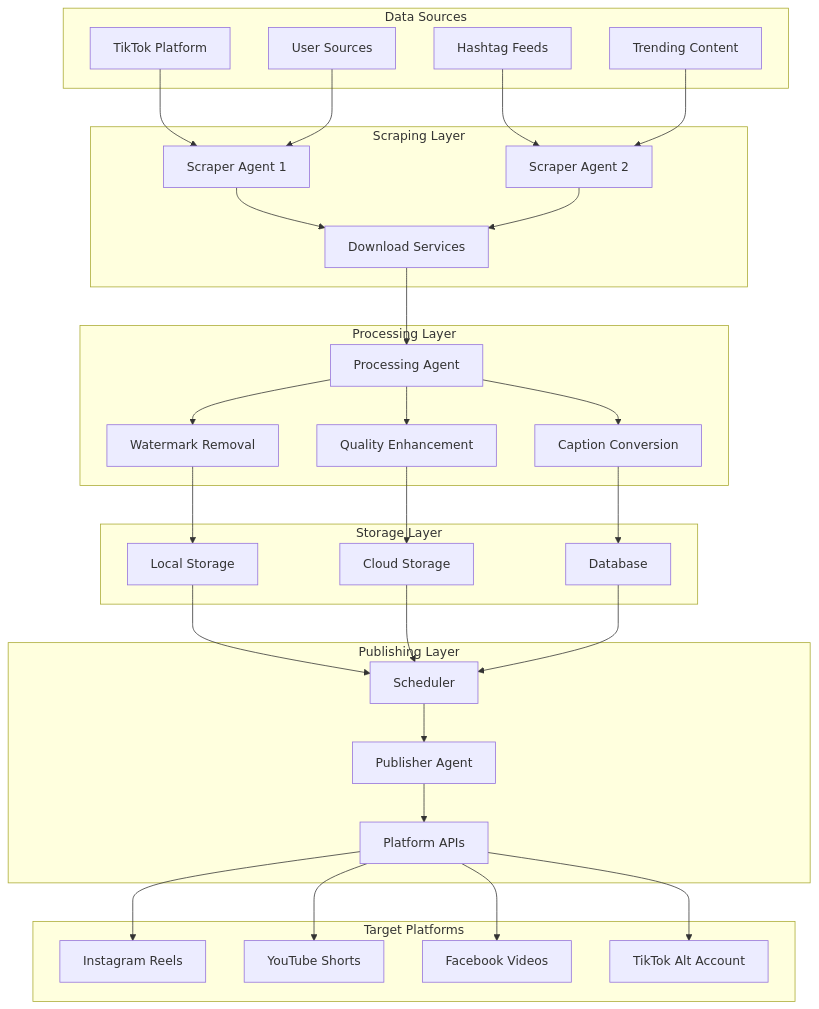
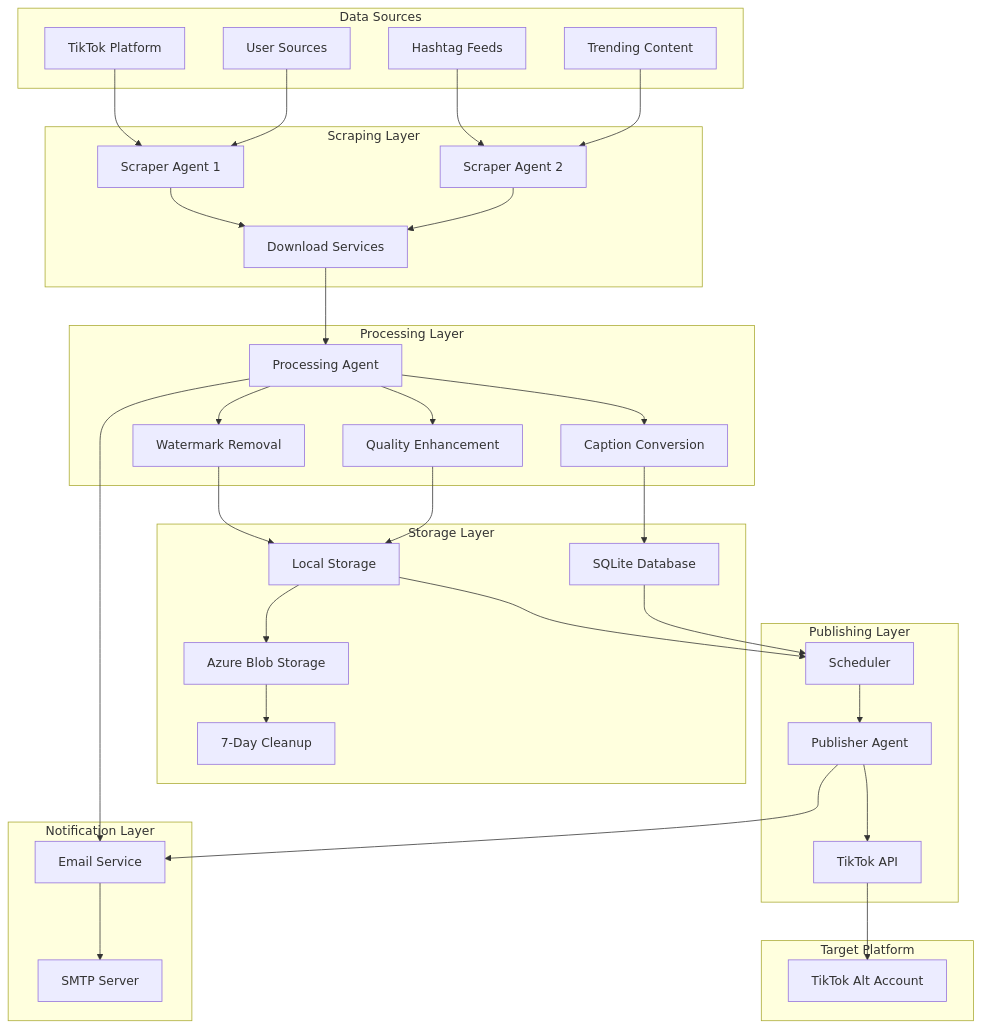
The diagram in data-flow.md (lamont703/Project_TikTokReposter), drawn with Mermaid before and after one commit. The commit also changed other lines of this file and 9 other files, not shown here.

First line of the commit message:
Major Update: Convert to TikTok-only local JavaScript architecture

````diff
--- a/data-flow.md
+++ b/data-flow.md
@@ -9,70 +9,75 @@
 ```mermaid
 graph TB
     subgraph "Data Sources"
         TT[TikTok Platform]
         US[User Sources]
         HT[Hashtag Feeds]
         TR[Trending Content]
     end
 
     subgraph "Scraping Layer"
         SA1[Scraper Agent 1]
         SA2[Scraper Agent 2]
         DL[Download Services]
     end
 
     subgraph "Processing Layer"
         PA[Processing Agent]
         WR[Watermark Removal]
         QE[Quality Enhancement]
         CC[Caption Conversion]
     end
 
     subgraph "Storage Layer"
         LS[Local Storage]
-        CS[Cloud Storage]
-        DB[Database]
+        AS[Azure Blob Storage]
+        DB[SQLite Database]
+        CL[7-Day Cleanup]
     end
 
     subgraph "Publishing Layer"
         PUB[Publisher Agent]
         SCH[Scheduler]
-        API[Platform APIs]
+        API[TikTok API]
     end
 
-    subgraph "Target Platforms"
-        IG[Instagram Reels]
-        YT[YouTube Shorts]
-        FB[Facebook Videos]
+    subgraph "Target Platform"
         TTA[TikTok Alt Account]
+    end
+
+    subgraph "Notification Layer"
+        EM[Email Service]
+        SMTP[SMTP Server]
     end
 
     TT --> SA1
     US --> SA1
     HT --> SA2
     TR --> SA2
 
     SA1 --> DL
     SA2 --> DL
     DL --> PA
 
     PA --> WR
     PA --> QE
     PA --> CC
 
     WR --> LS
-    QE --> CS
+    QE --> LS
     CC --> DB
 
+    LS --> AS
+    AS --> CL
     LS --> SCH
-    CS --> SCH
     DB --> SCH
 
     SCH --> PUB
     PUB --> API
 
-    API --> IG
-    API --> YT
-    API --> FB
     API --> TTA
+
+    PUB --> EM
+    PA --> EM
+    EM --> SMTP
 ```
````
